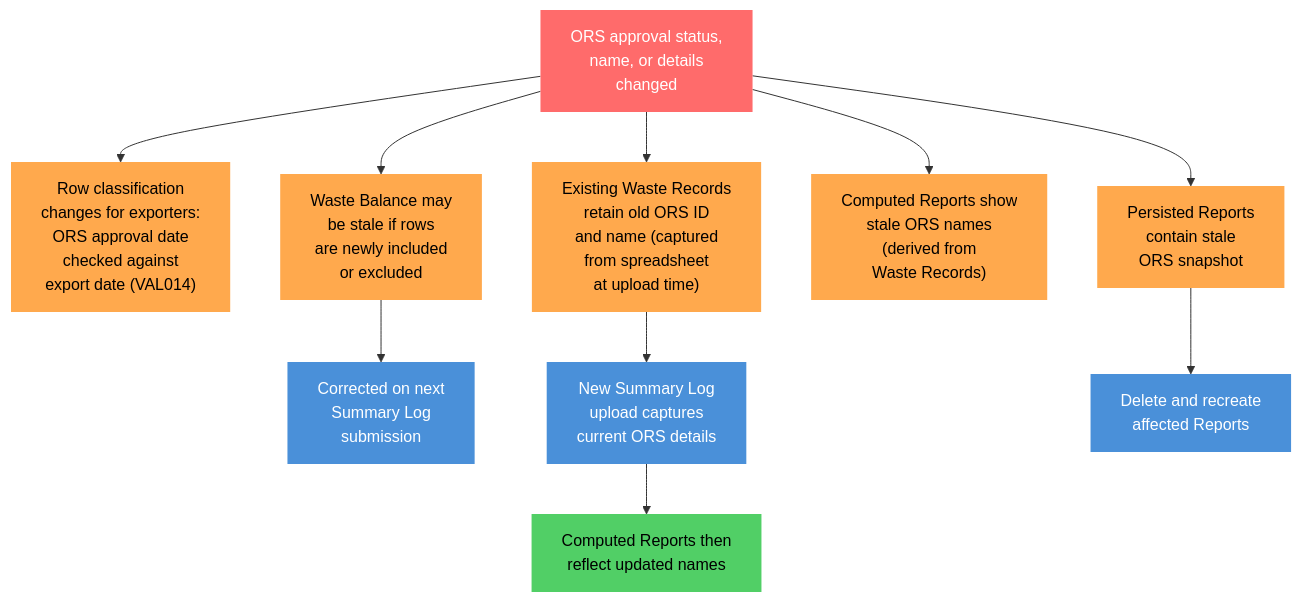
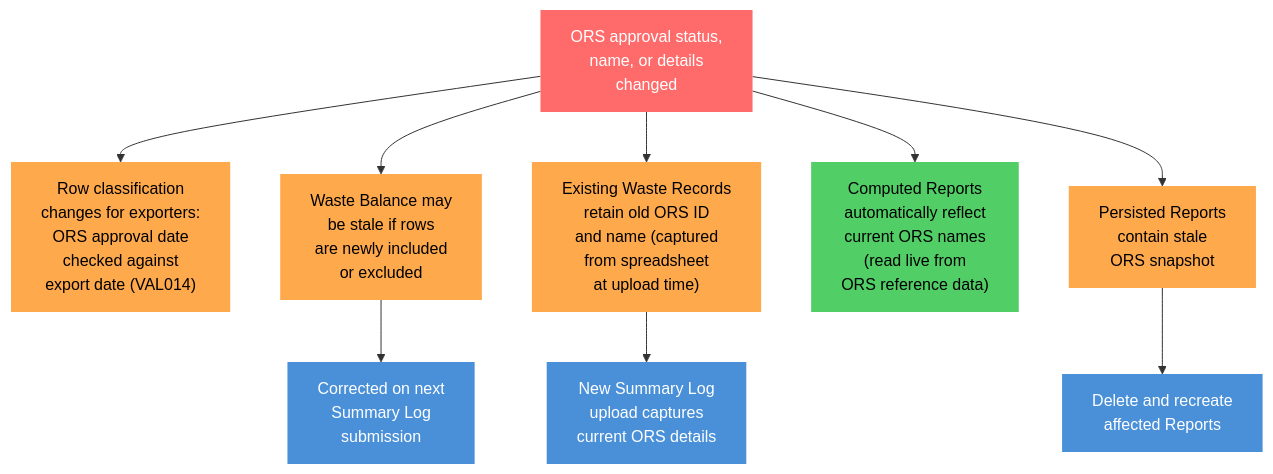
The tenth of 11 diagrams in docs/architecture/defined/summary-log-data-flow.md (DEFRA/epr-re-ex-service), drawn with Mermaid before and after one commit. The commit also changed other lines of this file, not shown here.

Commit message:
PAE-1312: Correct ORS data flow in reports

````diff
--- a/docs/architecture/defined/summary-log-data-flow.md
+++ b/docs/architecture/defined/summary-log-data-flow.md
@@ -278,20 +280,19 @@
 ```mermaid
 flowchart TD
     classDef trigger fill:#ff6b6b,color:#fff,stroke:none
     classDef stale fill:#ffa94d,color:#000,stroke:none
     classDef auto fill:#51cf66,color:#000,stroke:none
     classDef manual fill:#4a90d9,color:#fff,stroke:none
 
     T["ORS approval status,\nname, or details\nchanged"]:::trigger
 
     T --> CLASS["Row classification\nchanges for exporters:\nORS approval date\nchecked against\nexport date (VAL014)"]:::stale
     T --> WB["Waste Balance may\nbe stale if rows\nare newly included\nor excluded"]:::stale
     T --> WR["Existing Waste Records\nretain old ORS ID\nand name (captured\nfrom spreadsheet\nat upload time)"]:::stale
-    T --> RPT_C["Computed Reports show\nstale ORS names\n(derived from\nWaste Records)"]:::stale
+    T --> RPT_C["Computed Reports\nautomatically reflect\ncurrent ORS names\n(read live from\nORS reference data)"]:::auto
     T --> RPT_P["Persisted Reports\ncontain stale\nORS snapshot"]:::stale
 
     WB --> WB_FIX["Corrected on next\nSummary Log\nsubmission"]:::manual
     WR --> WR_FIX["New Summary Log\nupload captures\ncurrent ORS details"]:::manual
-    WR_FIX --> RPT_C_FIX["Computed Reports then\nreflect updated names"]:::auto
     RPT_P --> RPT_P_FIX["Delete and recreate\naffected Reports"]:::manual
 ```
````
